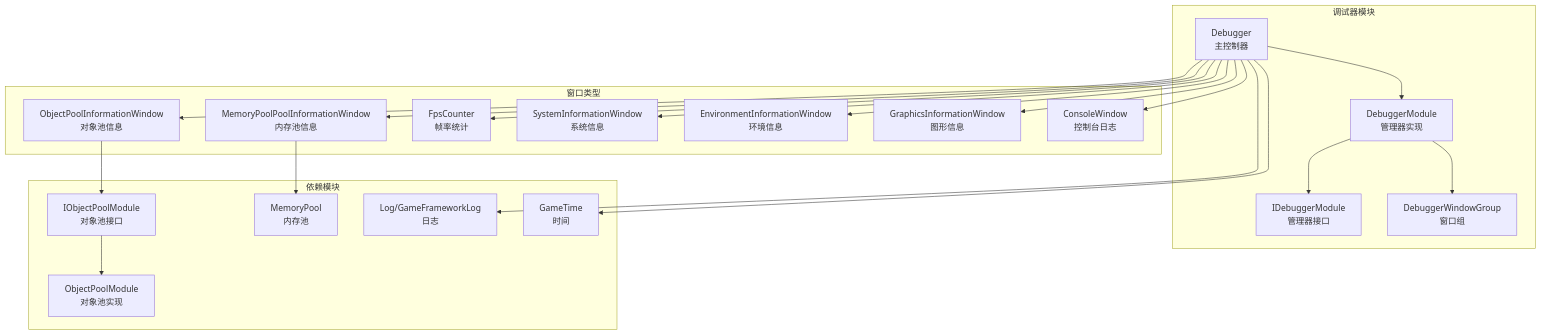
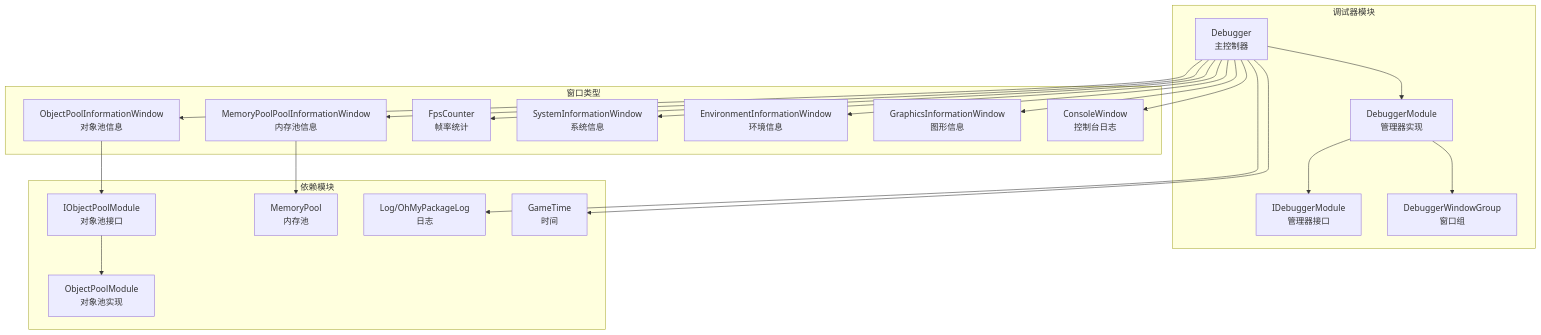
The first of 5 diagrams in repowiki/zh/content/性能优化/调试器工具/调试器工具.md (OxygenIsland/MyGame), drawn with Mermaid before and after one commit. The commit also changed other lines of this file and 34 other files, not shown here.

````diff
--- a/repowiki/zh/content/性能优化/调试器工具/调试器工具.md
+++ b/repowiki/zh/content/性能优化/调试器工具/调试器工具.md
@@ -45,40 +45,40 @@
 ```mermaid
 graph TB
 subgraph "调试器模块"
 D["Debugger<br/>主控制器"]
 DM["DebuggerModule<br/>管理器实现"]
 I["IDebuggerModule<br/>管理器接口"]
 GW["DebuggerWindowGroup<br/>窗口组"]
 end
 subgraph "窗口类型"
 MPW["MemoryPoolPoolInformationWindow<br/>内存池信息"]
 OPW["ObjectPoolInformationWindow<br/>对象池信息"]
 FPS["FpsCounter<br/>帧率统计"]
 SYS["SystemInformationWindow<br/>系统信息"]
 ENV["EnvironmentInformationWindow<br/>环境信息"]
 GFX["GraphicsInformationWindow<br/>图形信息"]
 CON["ConsoleWindow<br/>控制台日志"]
 end
 subgraph "依赖模块"
 OPM["IObjectPoolModule<br/>对象池接口"]
 OPMImpl["ObjectPoolModule<br/>对象池实现"]
 MP["MemoryPool<br/>内存池"]
-LOG["Log/GameFrameworkLog<br/>日志"]
+LOG["Log/OhMyPackageLog<br/>日志"]
 GT["GameTime<br/>时间"]
 end
 D --> DM
 DM --> I
 DM --> GW
 D --> MPW
 D --> OPW
 D --> FPS
 D --> SYS
 D --> ENV
 D --> GFX
 D --> CON
 MPW --> MP
 OPW --> OPM
 OPM --> OPMImpl
 D --> LOG
 D --> GT
 ```
````
